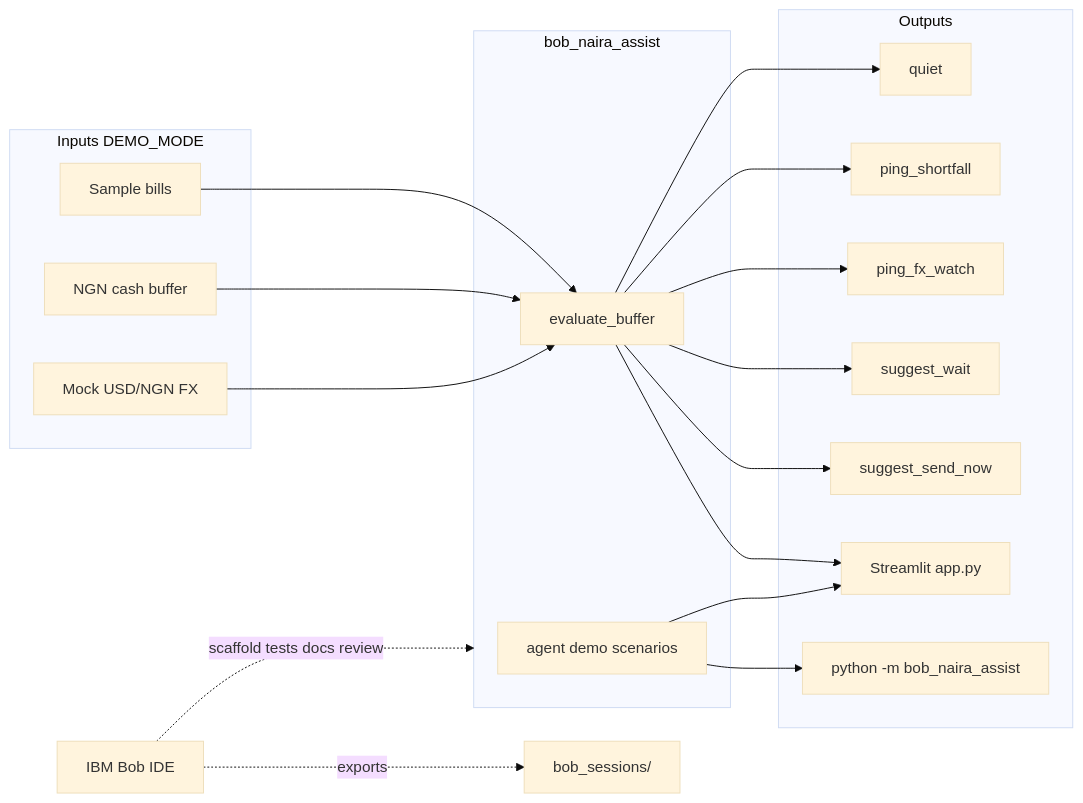
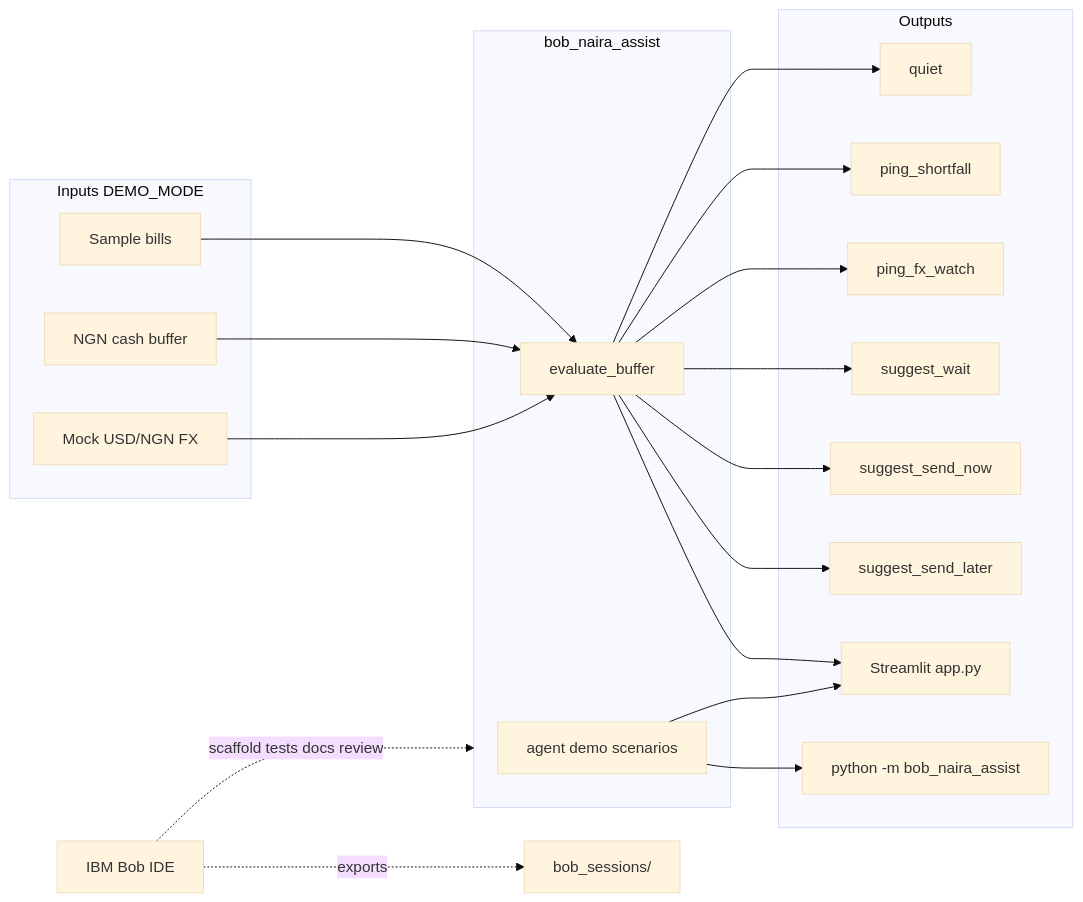
The diagram in docs/architecture.md (Quantumwoof/bob-naira-assist), drawn with Mermaid (base theme) before and after one commit. The commit also changed other lines of this file and 17 other files, not shown here.

Commit message:
Real IBM Bob IDE sessions: architecture review, decision-gap fixes, send-later UI + docs (40 tests)

````diff
--- a/docs/architecture.md
+++ b/docs/architecture.md
@@ -8,38 +8,40 @@
 ```mermaid
 flowchart LR
   subgraph inputs [Inputs DEMO_MODE]
     Bills[Sample bills]
     Buffer[NGN cash buffer]
     FX[Mock USD/NGN FX]
   end
 
   subgraph core [bob_naira_assist]
     Eval[evaluate_buffer]
     Agent[agent demo scenarios]
   end
 
   subgraph outs [Outputs]
     Quiet[quiet]
     Shortfall[ping_shortfall]
     FxWatch[ping_fx_watch]
     Wait[suggest_wait]
     Send[suggest_send_now]
+    SendLater[suggest_send_later]
     UI[Streamlit app.py]
     CLI[python -m bob_naira_assist]
   end
 
   Bills --> Eval
   Buffer --> Eval
   FX --> Eval
   Eval --> Quiet
   Eval --> Shortfall
   Eval --> FxWatch
   Eval --> Wait
   Eval --> Send
+  Eval --> SendLater
   Agent --> CLI
   Eval --> UI
   Agent --> UI
 
   Bob[IBM Bob IDE] -.->|scaffold tests docs review| core
   Bob -.->|exports| Sessions[bob_sessions/]
 ```
````
